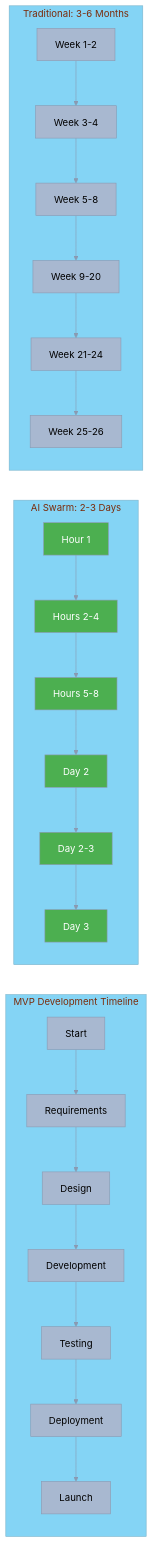
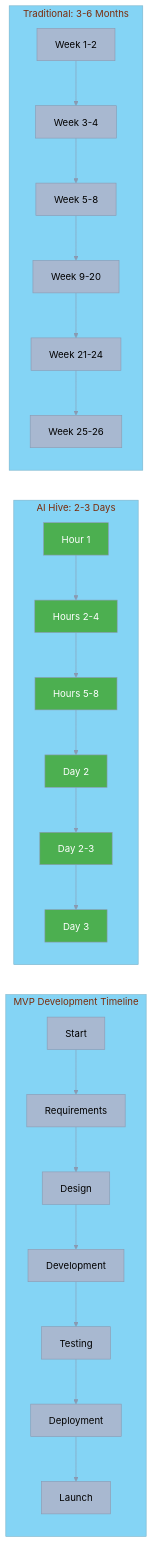
Before and after one commit to o2alexanderfedin/AI-Hive-Business-Docs: the second of 10 diagrams in business-documents/competitive-positioning/04-feature-comparison.md, drawn with Mermaid. The commit also changed other lines of this file and 22 other files, not shown here.

First line of the commit message:
Replace all references from 'AI Swarm' to 'AI Hive' across project

````diff
--- a/business-documents/competitive-positioning/04-feature-comparison.md
+++ b/business-documents/competitive-positioning/04-feature-comparison.md
@@ -155,46 +155,46 @@
 ```mermaid
 %%{init: {
   'theme': 'base',
   'themeVariables': {
     'primaryColor': '#A8B8D0',
     'primaryTextColor': '#000000',
     'primaryBorderColor': '#8A9AB2',
     'lineColor': '#8A9AB2',
     'secondaryColor': '#5DBCB6',
     'tertiaryColor': '#84D4F5',
     'background': '#F5F5F5'
   }
 }}%%
 graph LR
     subgraph "MVP Development Timeline"
         A[Start] --> B[Requirements]
         B --> C[Design]
         C --> D[Development]
         D --> E[Testing]
         E --> F[Deployment]
         F --> G[Launch]
     end
 
-    subgraph "AI Swarm: 2-3 Days"
+    subgraph "AI Hive: 2-3 Days"
         A1[Hour 1] --> B1[Hours 2-4]
         B1 --> C1[Hours 5-8]
         C1 --> D1[Day 2]
         D1 --> E1[Day 2-3]
         E1 --> F1[Day 3]
     end
 
     subgraph "Traditional: 3-6 Months"
         A2[Week 1-2] --> B2[Week 3-4]
         B2 --> C2[Week 5-8]
         C2 --> D2[Week 9-20]
         D2 --> E2[Week 21-24]
         E2 --> F2[Week 25-26]
     end
 
     style A1 fill:#4CAF50,color:#fff
     style B1 fill:#4CAF50,color:#fff
     style C1 fill:#4CAF50,color:#fff
     style D1 fill:#4CAF50,color:#fff
     style E1 fill:#4CAF50,color:#fff
     style F1 fill:#4CAF50,color:#fff
 ```
````
